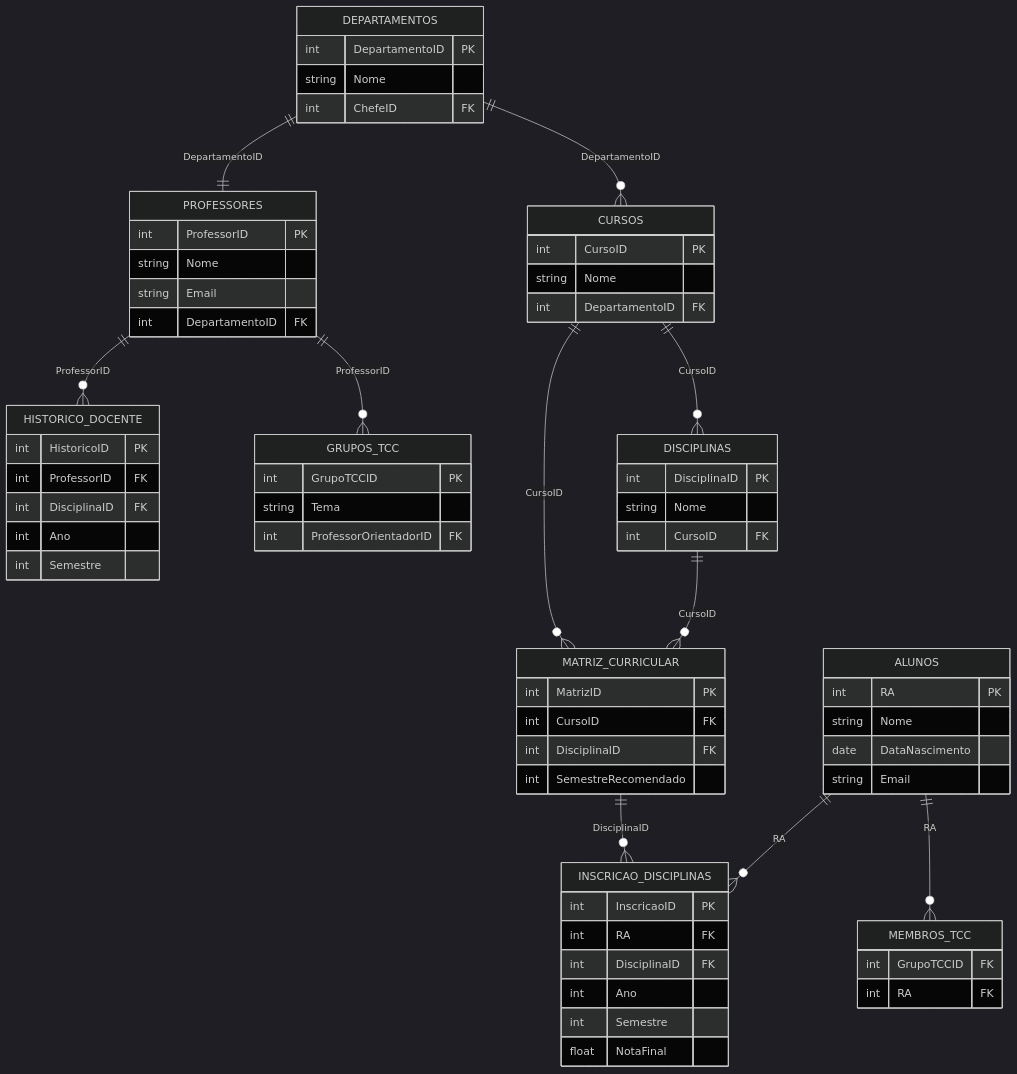
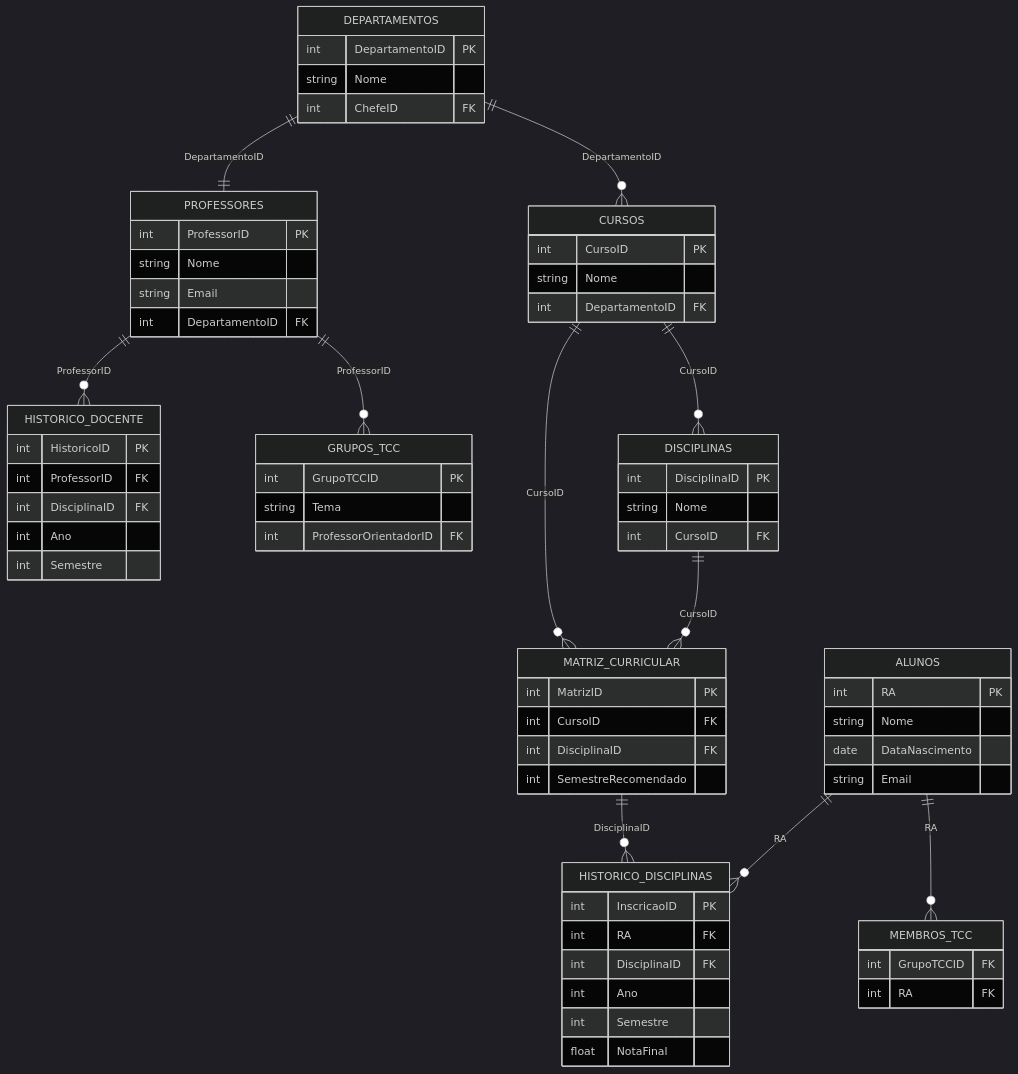
Before and after one commit to guilherme541/Projeto-DB: the diagram in README.md, drawn with Mermaid (dark theme).

````diff
--- a/README.md
+++ b/README.md
@@ -15,80 +15,80 @@
 ```mermaid
 erDiagram
-    ALUNOS ||--o{ INSCRICAO_DISCIPLINAS : RA
+    ALUNOS ||--o{ HISTORICO_DISCIPLINAS : RA
     ALUNOS ||--o{ MEMBROS_TCC : RA
     PROFESSORES ||--o{ HISTORICO_DOCENTE : ProfessorID
     PROFESSORES ||--o{ GRUPOS_TCC : ProfessorID
     DEPARTAMENTOS ||--|| PROFESSORES : DepartamentoID
     DEPARTAMENTOS ||--o{ CURSOS : DepartamentoID
     CURSOS ||--o{ DISCIPLINAS : CursoID
     DISCIPLINAS ||--o{ MATRIZ_CURRICULAR : CursoID
     CURSOS ||--o{ MATRIZ_CURRICULAR : CursoID
-    MATRIZ_CURRICULAR ||--o{ INSCRICAO_DISCIPLINAS : DisciplinaID
+    MATRIZ_CURRICULAR ||--o{ HISTORICO_DISCIPLINAS : DisciplinaID
 
     ALUNOS {
         int RA PK
         string Nome
         date DataNascimento
         string Email
     }
 
     PROFESSORES {
         int ProfessorID PK
         string Nome
         string Email
         int DepartamentoID FK
     }
 
     DEPARTAMENTOS {
         int DepartamentoID PK
         string Nome
         int ChefeID FK
     }
 
     CURSOS {
         int CursoID PK
         string Nome
         int DepartamentoID FK
     }
 
     DISCIPLINAS {
         int DisciplinaID PK
         string Nome
         int CursoID FK
     }
 
     MATRIZ_CURRICULAR {
         int MatrizID PK
         int CursoID FK
         int DisciplinaID FK
         int SemestreRecomendado
     }
 
-    INSCRICAO_DISCIPLINAS {
+    HISTORICO_DISCIPLINAS {
         int InscricaoID PK
         int RA FK
         int DisciplinaID FK
         int Ano
         int Semestre
         float NotaFinal
     }
 
     HISTORICO_DOCENTE {
         int HistoricoID PK
         int ProfessorID FK
         int DisciplinaID FK
         int Ano
         int Semestre
     }
 
     GRUPOS_TCC {
         int GrupoTCCID PK
         string Tema
         int ProfessorOrientadorID FK
     }
 
     MEMBROS_TCC {
         int GrupoTCCID FK
         int RA FK
     }
 ```
````
